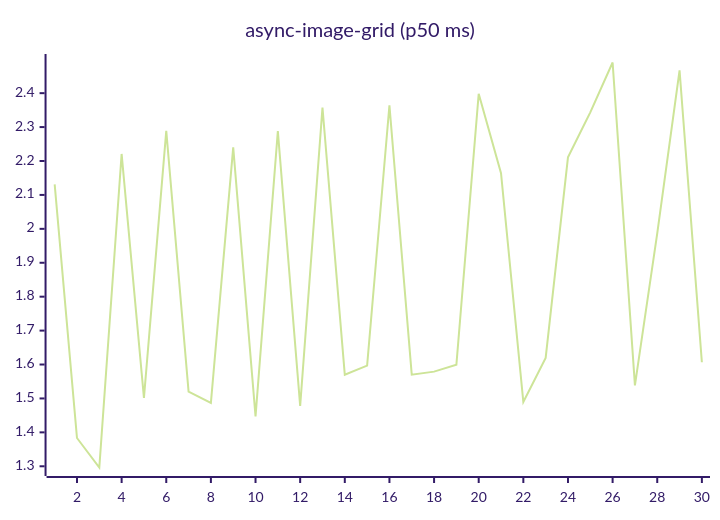
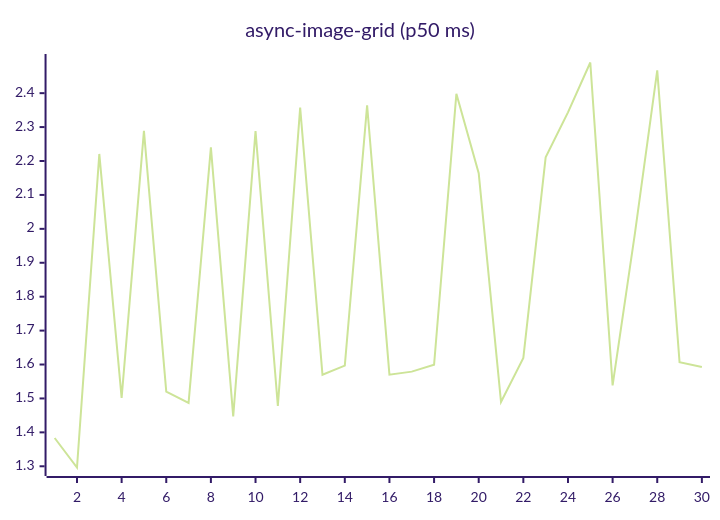
One commit to josha/Facet changed the fifth of 27 diagrams in README.md. Above: the diagram before and after it, drawn with Mermaid (forest theme). The commit also changed other lines of this file and 2 other files, not shown here.

````diff
--- a/README.md
+++ b/README.md
@@ -91,6 +91,6 @@
 ```mermaid
 xychart-beta
     title "async-image-grid (p50 ms)"
     x-axis 1 --> 30
-    line [2.1310, 1.3834, 1.2964, 2.2208, 1.5015, 2.2886, 1.5200, 1.4868, 2.2404, 1.4470, 2.2880, 1.4779, 2.3575, 1.5699, 1.5969, 2.3640, 1.5700, 1.5790, 1.5994, 2.3982, 2.1641, 1.4893, 1.6193, 2.2110, 2.3435, 2.4904, 1.5386, 1.9864, 2.4670, 1.6066]
+    line [1.3834, 1.2964, 2.2208, 1.5015, 2.2886, 1.5200, 1.4868, 2.2404, 1.4470, 2.2880, 1.4779, 2.3575, 1.5699, 1.5969, 2.3640, 1.5700, 1.5790, 1.5994, 2.3982, 2.1641, 1.4893, 1.6193, 2.2110, 2.3435, 2.4904, 1.5386, 1.9864, 2.4670, 1.6066, 1.5928]
 ```
````
